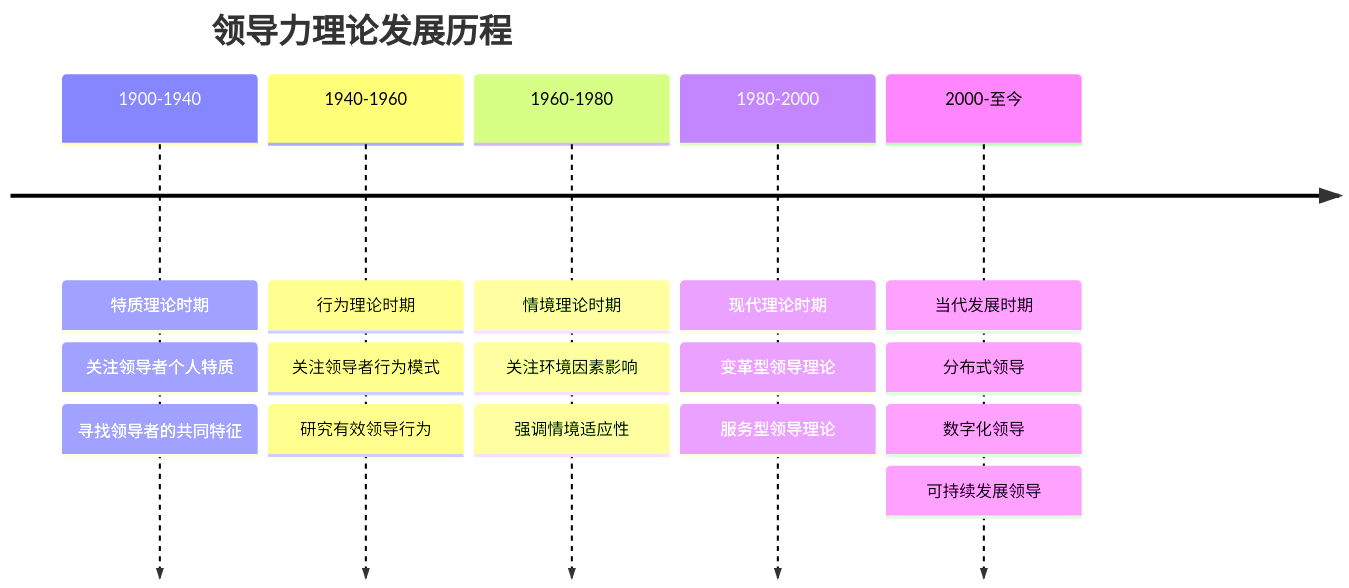
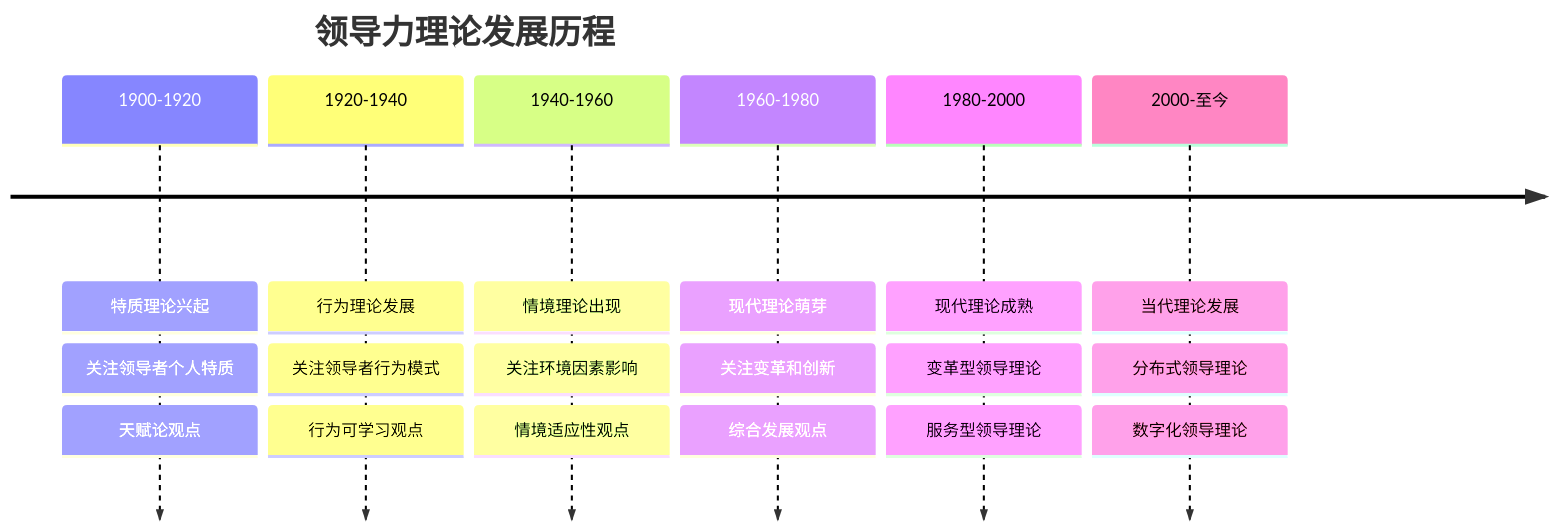
The first of 9 diagrams in 企业领导力/01-基础认知层/03-领导力发展历程.md (Anping2017/obsidian), drawn with Mermaid before and after one commit. The commit also changed other lines of this file and 8 other files, not shown here.

````diff
--- a/企业领导力/01-基础认知层/03-领导力发展历程.md
+++ b/企业领导力/01-基础认知层/03-领导力发展历程.md
@@ -6,25 +6,28 @@
 ```mermaid
 timeline
     title 领导力理论发展历程
     
-    1900-1940 : 特质理论时期
+    1900-1920 : 特质理论兴起
                 : 关注领导者个人特质
-                : 寻找领导者的共同特征
+                : 天赋论观点
     
-    1940-1960 : 行为理论时期
+    1920-1940 : 行为理论发展
                 : 关注领导者行为模式
-                : 研究有效领导行为
+                : 行为可学习观点
     
-    1960-1980 : 情境理论时期
+    1940-1960 : 情境理论出现
                 : 关注环境因素影响
-                : 强调情境适应性
+                : 情境适应性观点
     
-    1980-2000 : 现代理论时期
+    1960-1980 : 现代理论萌芽
+                : 关注变革和创新
+                : 综合发展观点
+    
+    1980-2000 : 现代理论成熟
                 : 变革型领导理论
                 : 服务型领导理论
     
-    2000-至今 : 当代发展时期
-                : 分布式领导
-                : 数字化领导
-                : 可持续发展领导
+    2000-至今 : 当代理论发展
+                : 分布式领导理论
+                : 数字化领导理论
 ```
````
